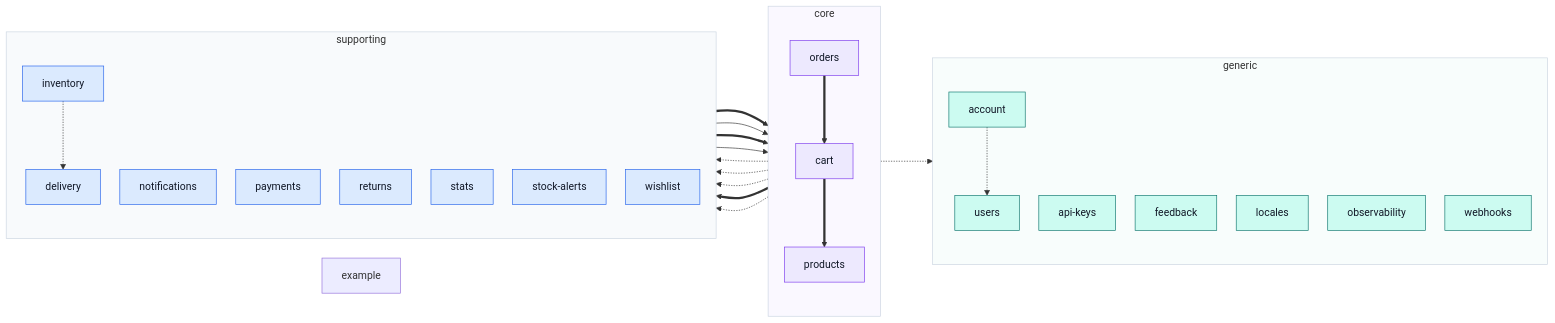
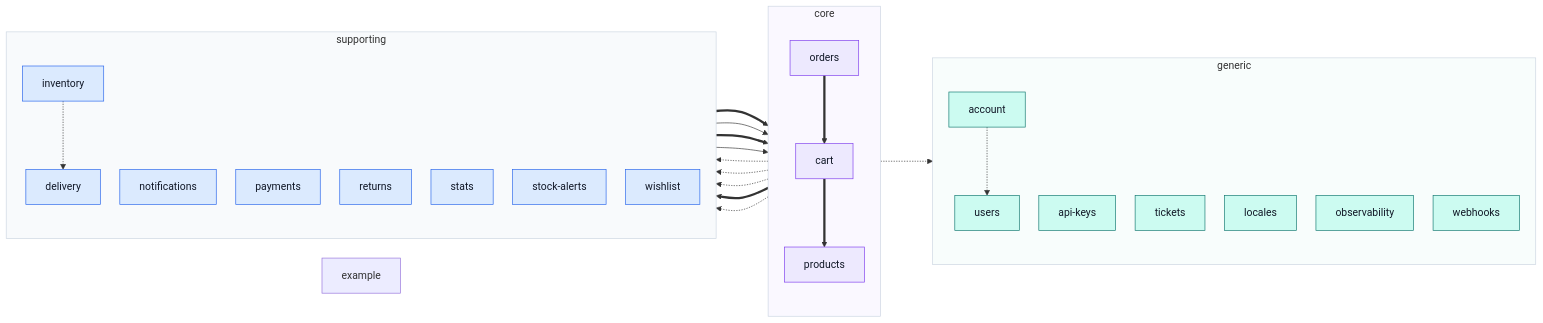
One commit to Guebbit/boilerplate-vue-frontend changed the diagram in docs/modules/index.md. Above: the diagram before and after it, drawn with Mermaid. The commit also changed other lines of this file and 66 other files, not shown here.

First line of the commit message:
refactor(tickets)!: rename the feedback module to tickets

````diff
--- a/docs/modules/index.md
+++ b/docs/modules/index.md
@@ -34,56 +34,56 @@
 ```mermaid
 %%{init: {'flowchart': {'nodeSpacing': 30, 'rankSpacing': 80}}}%%
 flowchart LR
     subgraph CORE["core"]
         direction TB
         cart["cart"]
         orders["orders"]
         products["products"]
     end
     subgraph SUPPORTING["supporting"]
         direction TB
         delivery["delivery"]
         inventory["inventory"]
         notifications["notifications"]
         payments["payments"]
         returns["returns"]
         stats["stats"]
         stockAlerts["stock-alerts"]
         wishlist["wishlist"]
     end
     subgraph GENERIC["generic"]
         direction TB
         account["account"]
         apiKeys["api-keys"]
-        feedback["feedback"]
+        tickets["tickets"]
         locales["locales"]
         observability["observability"]
         users["users"]
         webhooks["webhooks"]
     end
     demo["example"]
     account -.-> users
     cart -.-> account
     cart -.-> delivery
     cart -.-> payments
     cart ==> products
     inventory ==> products
     inventory -.-> delivery
     orders ==> cart
     orders -.-> delivery
     orders ==> payments
     orders -.-> returns
     stockAlerts --> products
     wishlist ==> cart
     wishlist --> products
 
     classDef core fill:#ede9fe,stroke:#7c3aed,color:#111827;
     classDef supporting fill:#dbeafe,stroke:#2563eb,color:#111827;
     classDef generic fill:#ccfbf1,stroke:#0f766e,color:#111827;
     class cart,orders,products core;
     class delivery,inventory,notifications,payments,returns,stats,stockAlerts,wishlist supporting;
-    class account,apiKeys,feedback,locales,observability,users,webhooks generic;
+    class account,apiKeys,tickets,locales,observability,users,webhooks generic;
     style CORE fill:#faf8ff,stroke:#cbd5e1
     style SUPPORTING fill:#f8fafc,stroke:#cbd5e1
     style GENERIC fill:#f8fdfc,stroke:#cbd5e1
 ```
````
